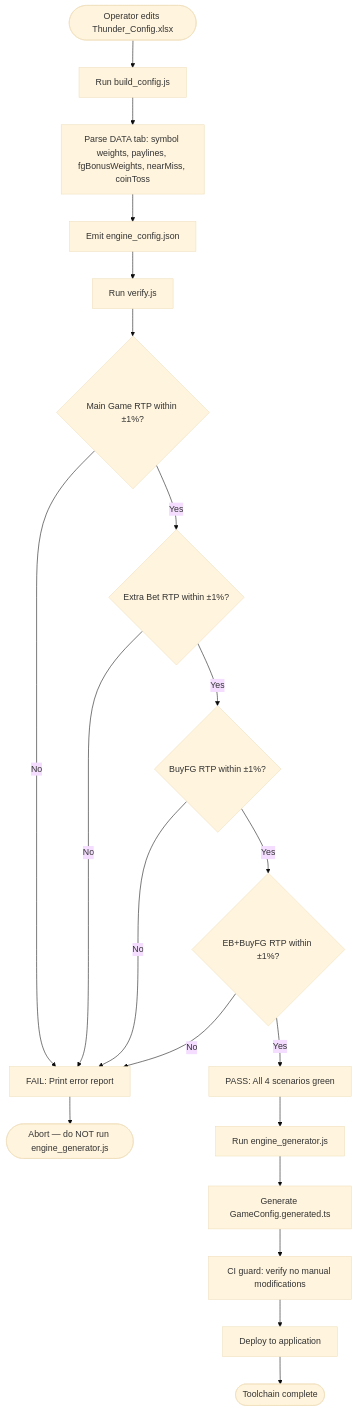
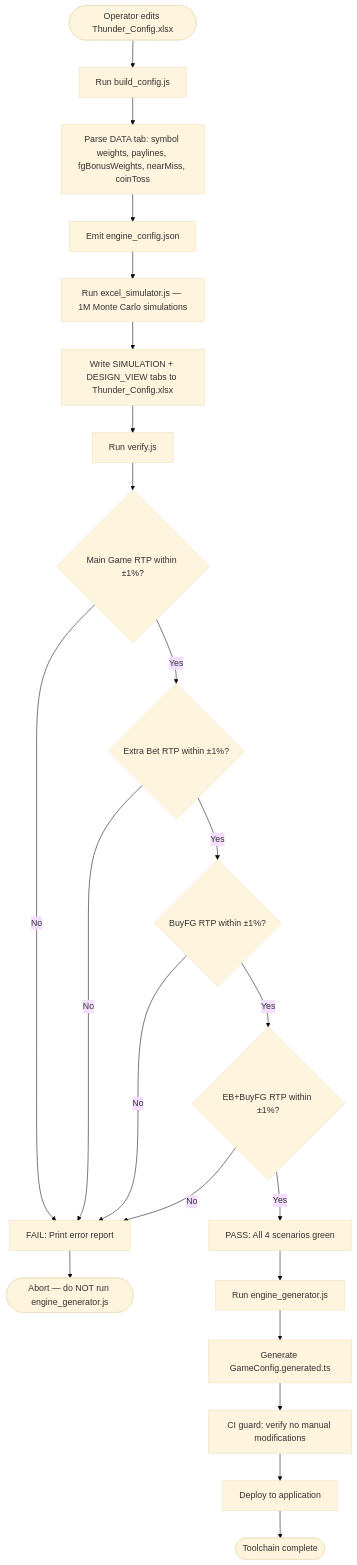
Before and after one commit to ibalasite/slot: diagram 13 of 16 in docs/EDD.md, drawn with Mermaid (base theme). The commit also changed other lines of this file, not shown here.

````diff
--- a/docs/EDD.md
+++ b/docs/EDD.md
@@ -894,22 +896,24 @@
 ```mermaid
 flowchart TD
     Start([Operator edits Thunder_Config.xlsx]) --> RunBuild[Run build_config.js]
     RunBuild --> ParseExcel[Parse DATA tab: symbol weights, paylines, fgBonusWeights, nearMiss, coinToss]
     ParseExcel --> EmitJSON[Emit engine_config.json]
-    EmitJSON --> RunVerify[Run verify.js]
+    EmitJSON --> RunSim[Run excel_simulator.js — 1M Monte Carlo simulations]
+    RunSim --> WriteSimTabs[Write SIMULATION + DESIGN_VIEW tabs to Thunder_Config.xlsx]
+    WriteSimTabs --> RunVerify[Run verify.js]
     RunVerify --> Scenario1{Main Game RTP within ±1%?}
     Scenario1 -->|No| FailVerify[FAIL: Print error report]
     Scenario1 -->|Yes| Scenario2{Extra Bet RTP within ±1%?}
     Scenario2 -->|No| FailVerify
     Scenario2 -->|Yes| Scenario3{BuyFG RTP within ±1%?}
     Scenario3 -->|No| FailVerify
     Scenario3 -->|Yes| Scenario4{EB+BuyFG RTP within ±1%?}
     Scenario4 -->|No| FailVerify
     Scenario4 -->|Yes| PassVerify[PASS: All 4 scenarios green]
     FailVerify --> End([Abort — do NOT run engine_generator.js])
     PassVerify --> RunGen[Run engine_generator.js]
     RunGen --> GenerateTS[Generate GameConfig.generated.ts]
     GenerateTS --> CICheck[CI guard: verify no manual modifications]
     CICheck --> Deploy[Deploy to application]
     Deploy --> End2([Toolchain complete])
 ```
````
